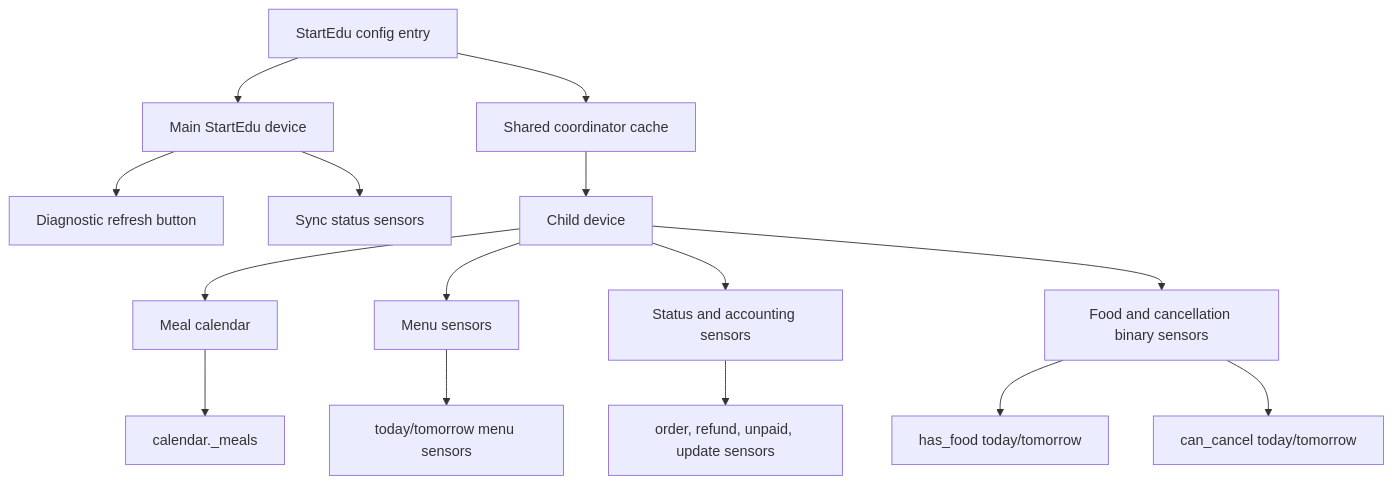
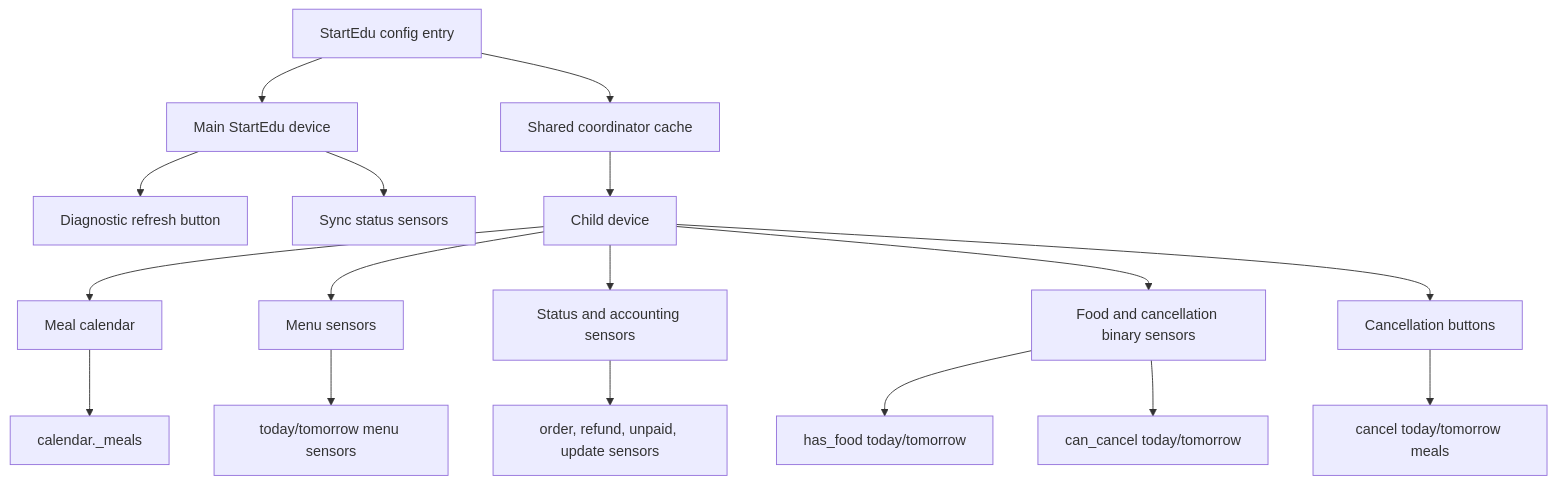
Before and after one commit to patrykchoros/startedu-ha: the first of 2 diagrams in docs/home-assistant-entity-model.md, drawn with Mermaid. The commit also changed other lines of this file and 16 other files, not shown here.

Commit message:
Add child-device meal cancellation buttons (#60)

````diff
--- a/docs/home-assistant-entity-model.md
+++ b/docs/home-assistant-entity-model.md
@@ -18,19 +18,21 @@
 ```mermaid
 flowchart TD
     entry["StartEdu config entry"] --> account["Main StartEdu device"]
     account --> refresh["Diagnostic refresh button"]
     account --> sync["Sync status sensors"]
     entry --> coordinator["Shared coordinator cache"]
     coordinator --> child["Child device"]
 
     child --> calendar["Meal calendar"]
     child --> menu["Menu sensors"]
     child --> status["Status and accounting sensors"]
     child --> binary["Food and cancellation binary sensors"]
+    child --> actions["Cancellation buttons"]
 
     calendar --> cal_entity["calendar.<child>_meals"]
     menu --> day_menu["today/tomorrow menu sensors"]
     status --> order_state["order, refund, unpaid, update sensors"]
     binary --> food["has_food today/tomorrow"]
     binary --> can_cancel["can_cancel today/tomorrow"]
+    actions --> cancel_buttons["cancel today/tomorrow meals"]
 ```
````
